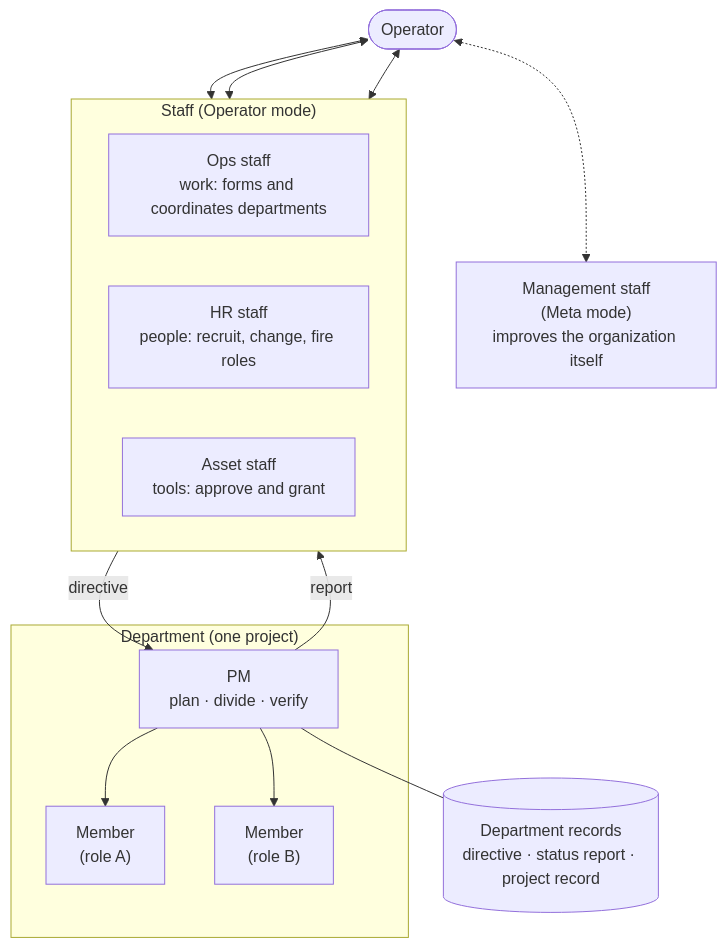
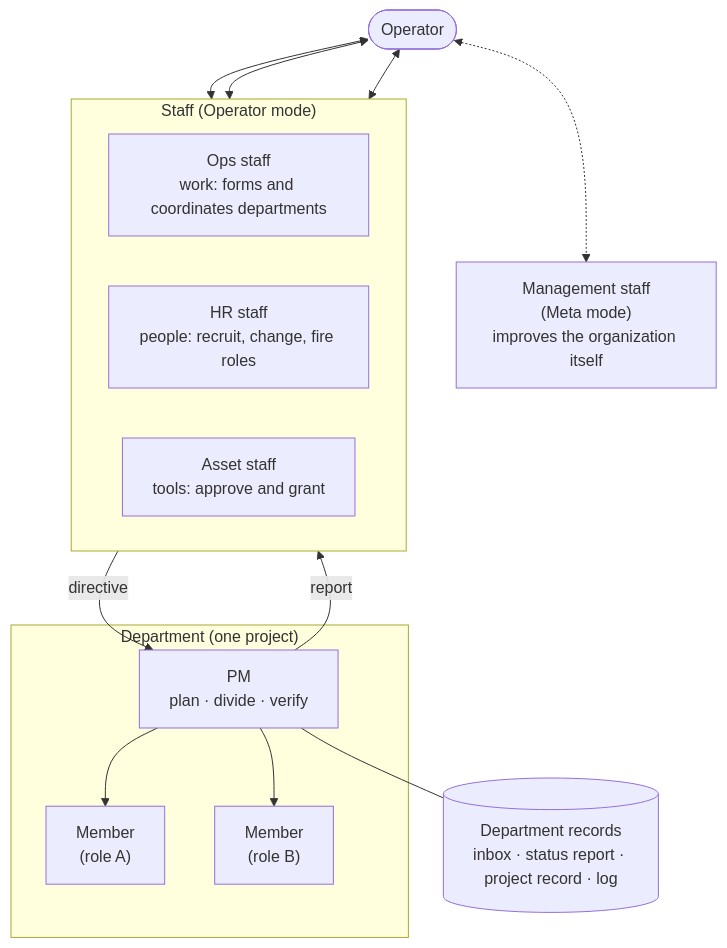
Before and after one commit to Alex2006-KOR/aise-org-site: the diagram in docs/en/story/at-a-glance.md, drawn with Mermaid. The commit also changed other lines of this file and 20 other files, not shown here.

````diff
--- a/docs/en/story/at-a-glance.md
+++ b/docs/en/story/at-a-glance.md
@@ -118,26 +118,26 @@
 ```mermaid
 flowchart TB
   OP(["Operator"])
   subgraph STAFF["Staff (Operator mode)"]
     direction LR
     W["Ops staff<br/>work: forms and coordinates departments"]
     H["HR staff<br/>people: recruit, change, fire roles"]
     A["Asset staff<br/>tools: approve and grant"]
   end
   MG["Management staff<br/>(Meta mode)<br/>improves the organization itself"]
   subgraph DEPT["Department (one project)"]
     PM["PM<br/>plan · divide · verify"]
     M1["Member<br/>(role A)"]
     M2["Member<br/>(role B)"]
   end
-  REC[("Department records<br/>directive · status report · project record")]
+  REC[("Department records<br/>inbox · status report · project record · log")]
   OP <--> W
   OP <--> H
   OP <--> A
   OP <-.-> MG
   W -->|"directive"| PM
   PM -->|"report"| W
   PM --> M1
   PM --> M2
   PM --- REC
 ```
````
